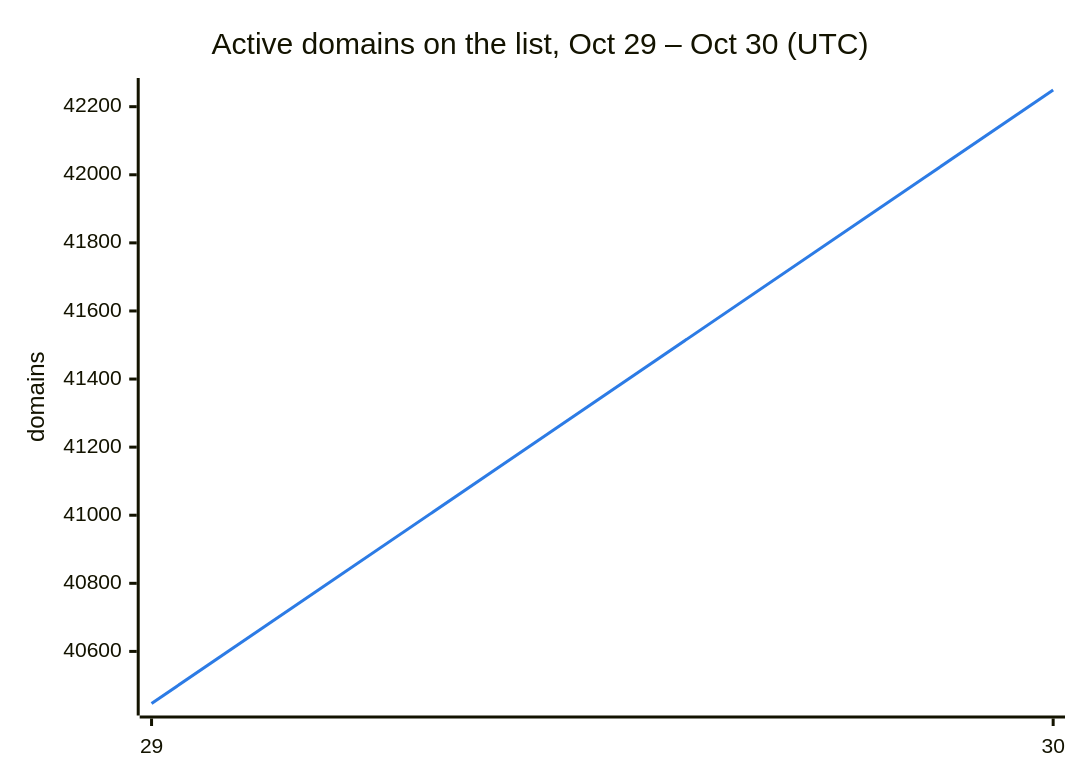
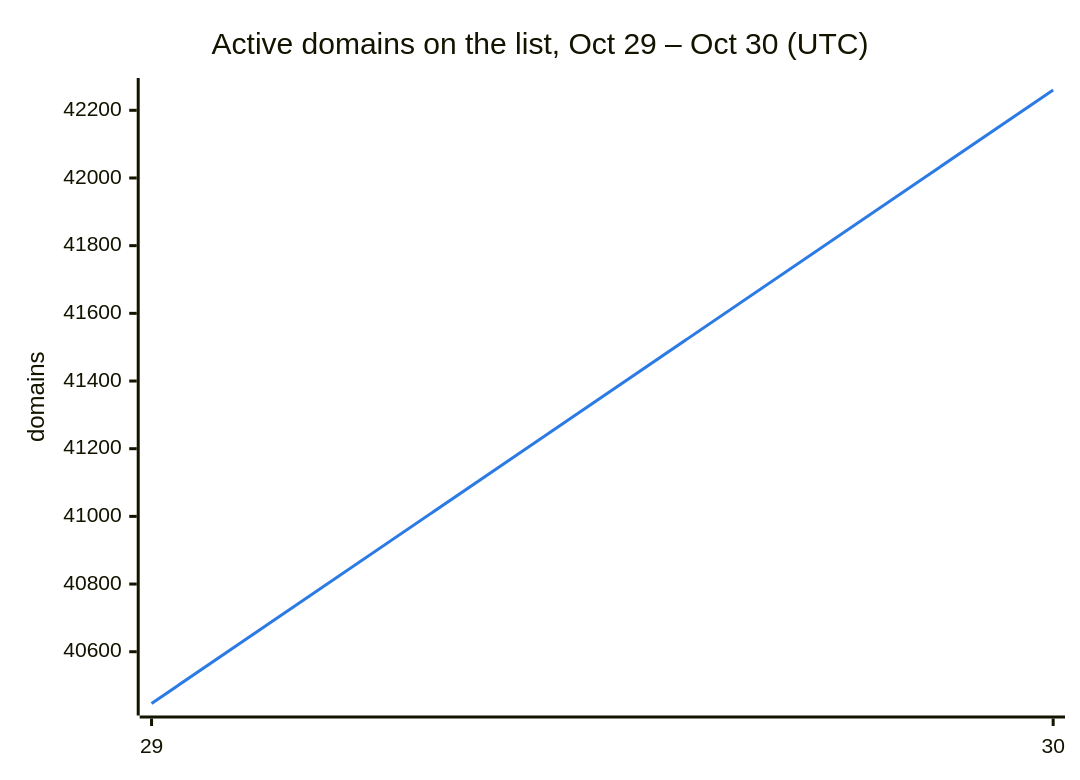
Before and after one commit to DNSBunker/CTI: the second of 3 diagrams in README.md, drawn with Mermaid. The commit also changed other lines of this file and 3 other files, not shown here.

````diff
--- a/README.md
+++ b/README.md
@@ -38,8 +38,8 @@
 ```mermaid
 %%{init: {"themeVariables": {"xyChart": {"plotColorPalette": "#2c7be5"}}}}%%
 xychart-beta
     title "Active domains on the list, Oct 29 – Oct 30 (UTC)"
     x-axis ["29", "30"]
     y-axis "domains"
-    line [40447, 42249]
+    line [40447, 42260]
 ```
````
